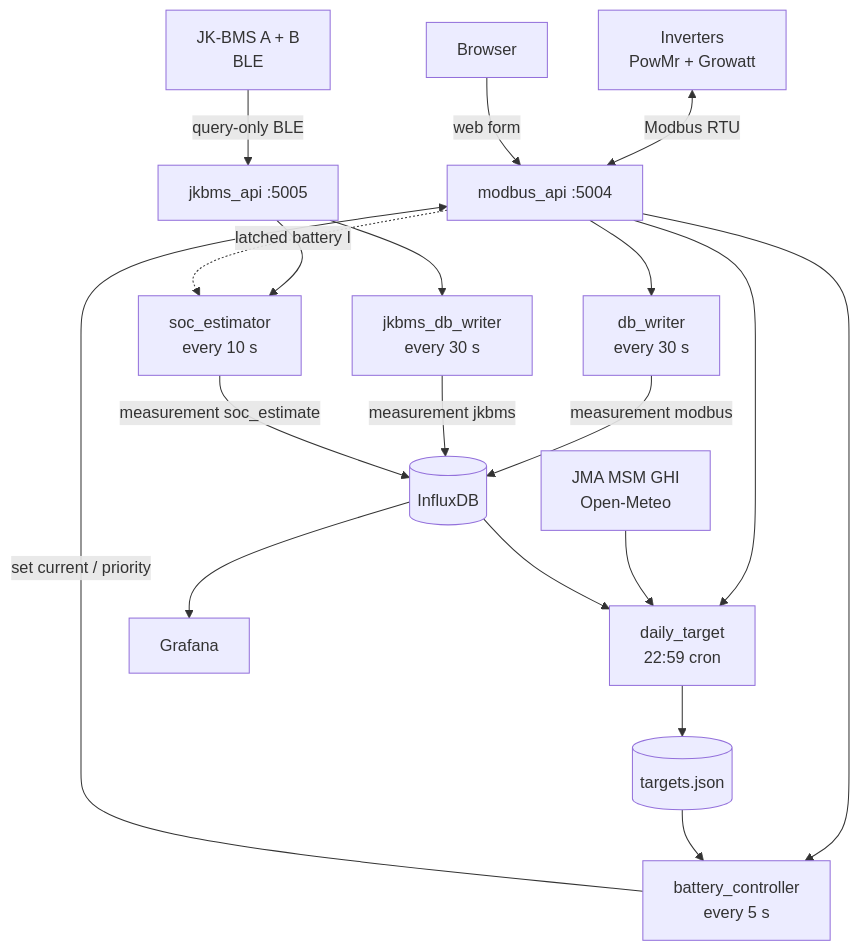
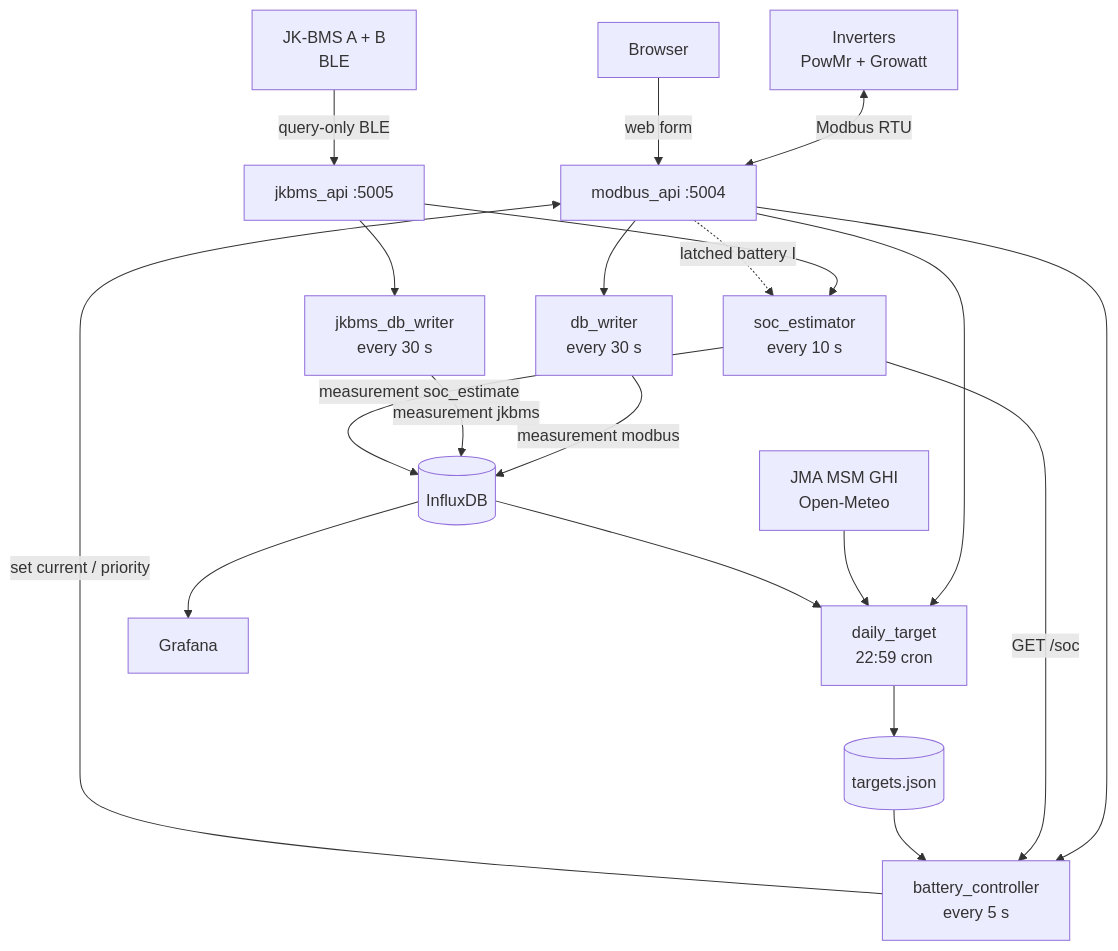
The diagram in README.md (sadaoikebe/srne-solar-controller), drawn with Mermaid before and after one commit. The commit also changed other lines of this file and 7 other files, not shown here.

First line of the commit message:
feat(controller): steer SBU/UTI from GET /soc

````diff
--- a/README.md
+++ b/README.md
@@ -27,29 +27,30 @@
 ```mermaid
 graph TD
     INV[Inverters<br/>PowMr + Growatt]
     BMS[JK-BMS A + B<br/>BLE]
     JMA[JMA MSM GHI<br/>Open-Meteo]
     USER[Browser]
 
     INV <-->|Modbus RTU| API[modbus_api :5004]
     BMS -->|query-only BLE| JB[jkbms_api :5005]
     USER -->|web form| API
 
     API --> BC[battery_controller<br/>every 5 s]
+    SE -->|GET /soc| BC
     API --> DW[db_writer<br/>every 30 s]
     API --> DT[daily_target<br/>22:59 cron]
     JB --> JW[jkbms_db_writer<br/>every 30 s]
     JB --> SE[soc_estimator<br/>every 10 s]
     API -.->|latched battery I| SE
     BC -->|set current / priority| API
 
     JMA --> DT
     DT --> TJ[(targets.json)]
     TJ --> BC
 
     DW -->|measurement modbus| IF[(InfluxDB)]
     JW -->|measurement jkbms| IF
     SE -->|measurement soc_estimate| IF
     IF --> DT
     IF --> GF[Grafana]
 ```
````
